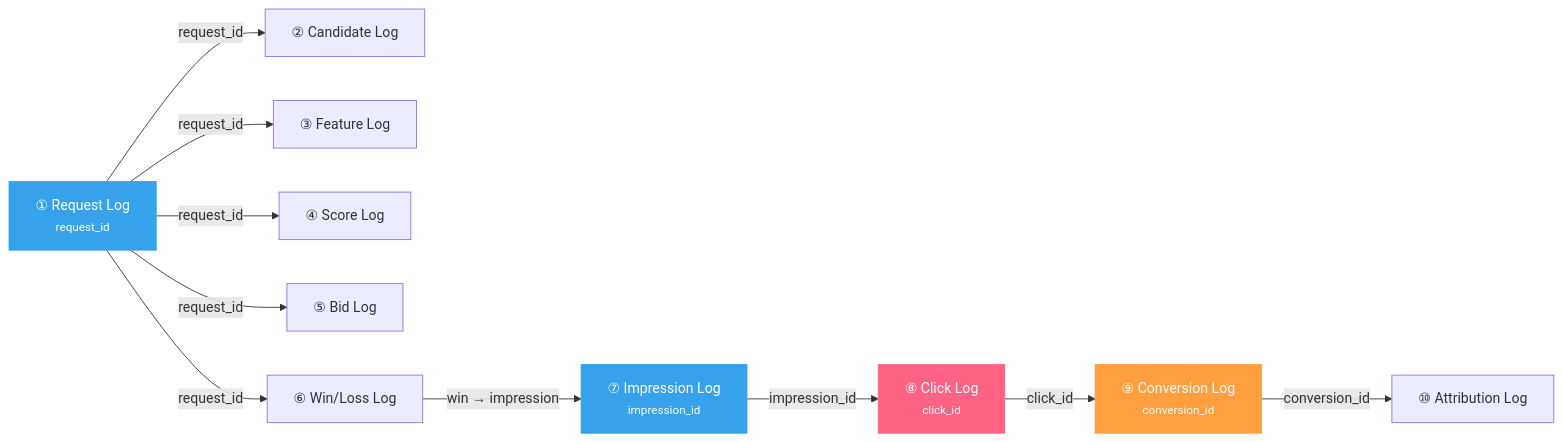
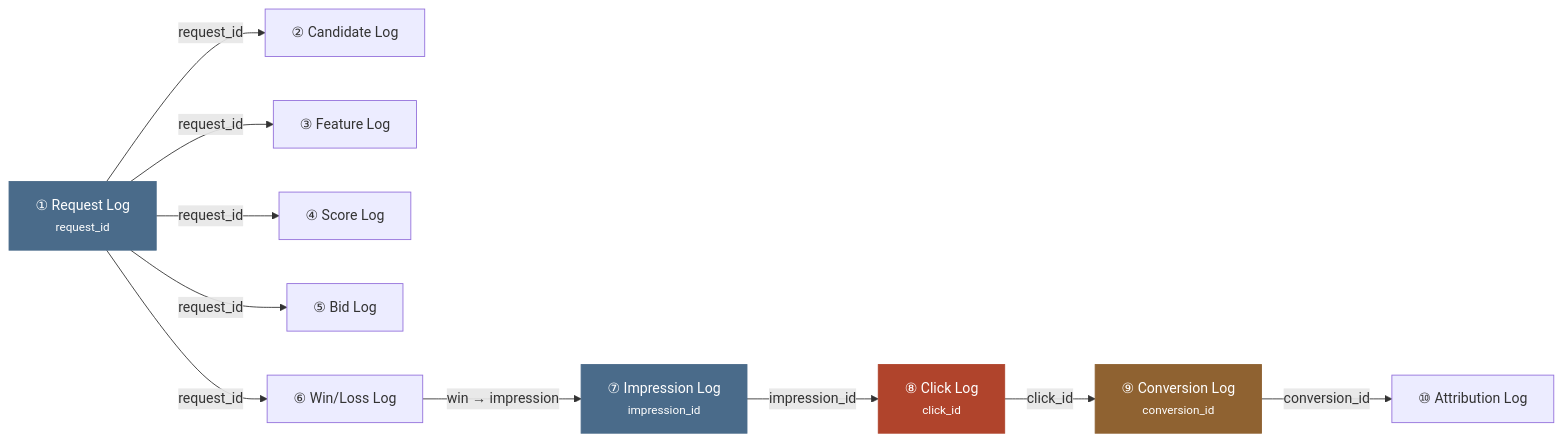
The second of 2 diagrams in posts/ad-log-pipeline.md (chkimsu/adtech-blog), drawn with Mermaid before and after one commit. The commit also changed other lines of this file and 40 other files, not shown here.

````diff
--- a/posts/ad-log-pipeline.md
+++ b/posts/ad-log-pipeline.md
@@ -482,28 +482,28 @@
 ```mermaid
 graph LR
   REQ["① Request Log<br/><small>request_id</small>"]
   CAND["② Candidate Log"]
   FEAT["③ Feature Log"]
   SCORE["④ Score Log"]
   BID["⑤ Bid Log"]
   WL["⑥ Win/Loss Log"]
   IMP["⑦ Impression Log<br/><small>impression_id</small>"]
   CLK["⑧ Click Log<br/><small>click_id</small>"]
   CONV["⑨ Conversion Log<br/><small>conversion_id</small>"]
   ATTR["⑩ Attribution Log"]
 
   REQ -->|request_id| CAND
   REQ -->|request_id| FEAT
   REQ -->|request_id| SCORE
   REQ -->|request_id| BID
   REQ -->|request_id| WL
   WL -->|"win → impression"| IMP
   IMP -->|impression_id| CLK
   CLK -->|click_id| CONV
   CONV -->|conversion_id| ATTR
 
-  style REQ fill:#36a2eb,stroke:#36a2eb,color:#fff
-  style IMP fill:#36a2eb,stroke:#36a2eb,color:#fff
-  style CLK fill:#ff6384,stroke:#ff6384,color:#fff
-  style CONV fill:#ff9f40,stroke:#ff9f40,color:#fff
+  style REQ fill:#4a6b8a,stroke:#4a6b8a,color:#fff
+  style IMP fill:#4a6b8a,stroke:#4a6b8a,color:#fff
+  style CLK fill:#b0442c,stroke:#b0442c,color:#fff
+  style CONV fill:#8f6231,stroke:#8f6231,color:#fff
 ```
````
